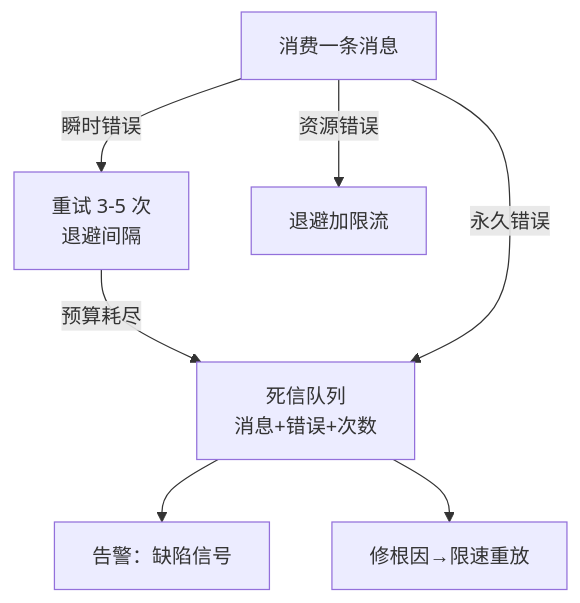
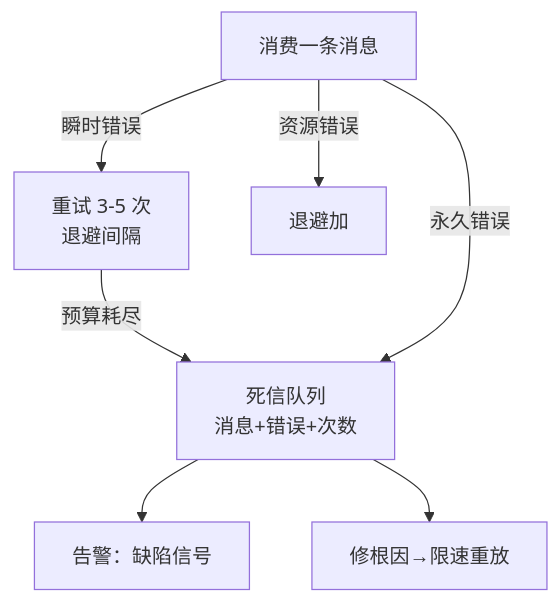
One commit to hub138/technical-knowledge changed the first of 2 diagrams in vault/工程知识/数据系统：在并发与故障中保存事实/可靠性与运维/毒丸消息要隔离不能重试：死信队列是消费流水线的保险丝.md. Above: the diagram before and after it, drawn with Mermaid. The commit also changed other lines of this file and 622 other files, not shown here.

````diff
--- a/vault/工程知识/数据系统：在并发与故障中保存事实/可靠性与运维/毒丸消息要隔离不能重试：死信队列是消费流水线的保险丝.md
+++ b/vault/工程知识/数据系统：在并发与故障中保存事实/可靠性与运维/毒丸消息要隔离不能重试：死信队列是消费流水线的保险丝.md
@@ -32,9 +40,9 @@
 ```mermaid
 graph TD
     M["消费一条消息"] -->|"瞬时错误"| RT["重试 3-5 次<br/>退避间隔"]
     RT -->|"预算耗尽"| DLQ["死信队列<br/>消息+错误+次数"]
     M -->|"永久错误"| DLQ
-    M -->|"资源错误"| BK["退避加限流"]
+    M -->|"资源错误"| BK["退避加"]
     DLQ --> A["告警：缺陷信号"]
     DLQ --> RP["修根因→限速重放"]
 ```
````
